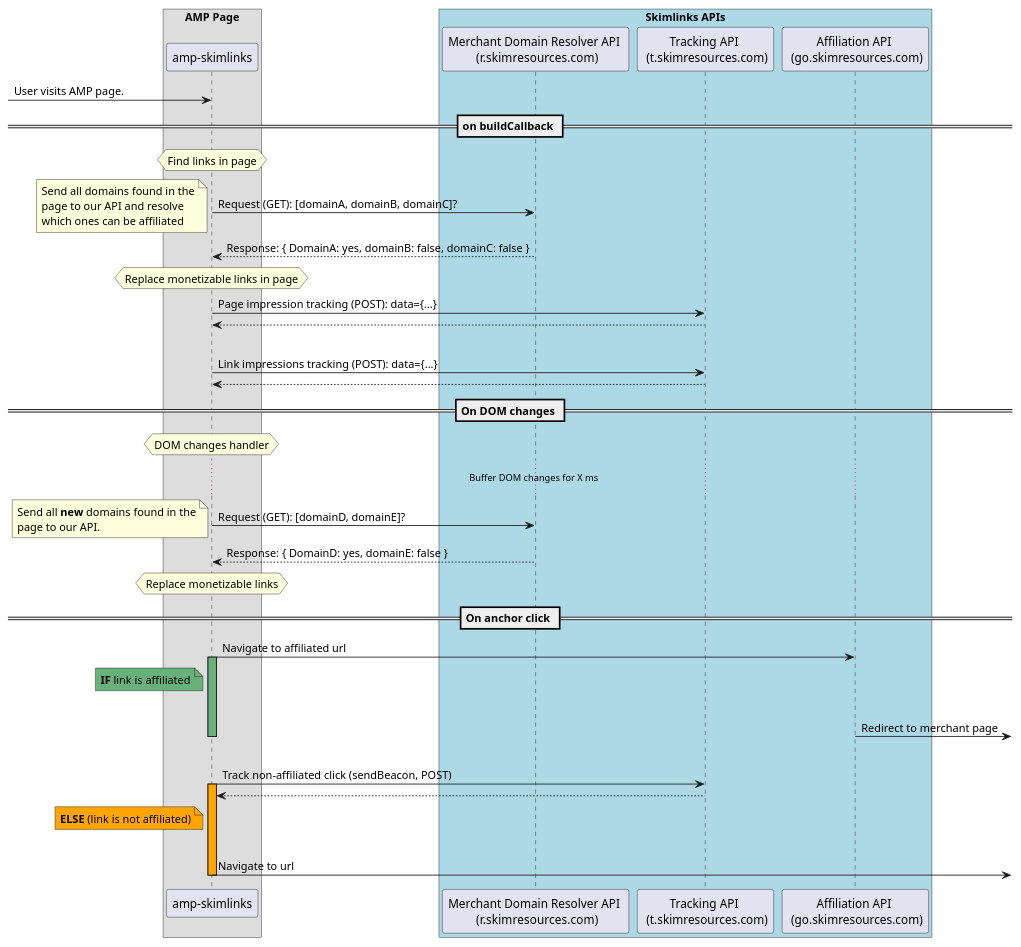
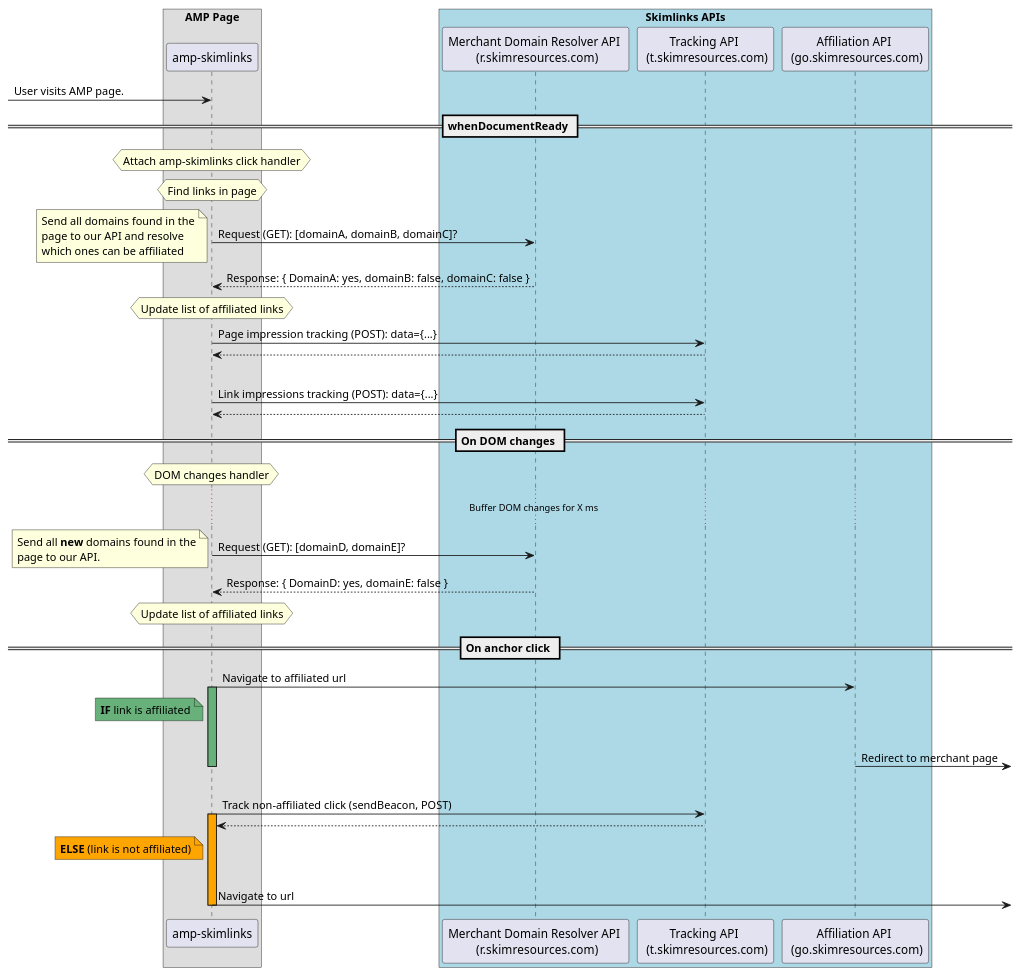
One commit to ampproject/amphtml changed the diagram in extensions/amp-skimlinks/doc.puml. Above: the diagram before and after it, drawn with PlantUML.

Commit message:
design doc v2

```diff
--- a/extensions/amp-skimlinks/doc.puml
+++ b/extensions/amp-skimlinks/doc.puml
@@ -1,72 +1,72 @@
 @startuml
 box "AMP Page"
     participant AMPskimlinks as "amp-skimlinks"
 end box
 
 [-> AMPskimlinks: User visits AMP page.
 
-==  on buildCallback ==
-'hnote over AMPskimlinks: Initialize amp-skimlinks
+==  whenDocumentReady ==
+hnote over AMPskimlinks: Attach amp-skimlinks click handler
 hnote over AMPskimlinks: Find links in page
 AMPskimlinks -> DomainResolverAPI as "Merchant Domain Resolver API \n (r.skimresources.com)": Request (GET): [domainA, domainB, domainC]?
 note left
     Send all domains found in the
     page to our API and resolve
     which ones can be affiliated
 end note
 DomainResolverAPI --> AMPskimlinks: Response: { DomainA: yes, domainB: false, domainC: false }
-hnote over AMPskimlinks: Replace monetizable links in page
+hnote over AMPskimlinks: Update list of affiliated links
 'hnote over AMPskimlinks: Prepare tracking data
 AMPskimlinks -> TrackingAPI as "Tracking API \n (t.skimresources.com)": Page impression tracking (POST): data={...}
 TrackingAPI --> AMPskimlinks:
 |||
 AMPskimlinks -> TrackingAPI: Link impressions tracking (POST): data={...}
 TrackingAPI --> AMPskimlinks:
 
 == On DOM changes ==
 hnote over AMPskimlinks: DOM changes handler
 ... Buffer DOM changes for X ms ...
 AMPskimlinks -> DomainResolverAPI: Request (GET): [domainD, domainE]?
 note left
     Send all **new** domains found in the
     page to our API.
 end note
 DomainResolverAPI --> AMPskimlinks: Response: { DomainD: yes, domainE: false }
-hnote over AMPskimlinks: Replace monetizable links
+hnote over AMPskimlinks: Update list of affiliated links
 
 == On anchor click ==
 'IF
 AMPskimlinks -> AffiliationAPI as "Affiliation API \n (go.skimresources.com)": Navigate to affiliated url
 note left AMPskimlinks #68b17a: **IF** link is affiliated
 activate AMPskimlinks #68b17a
 |||
 AffiliationAPI ->] : Redirect to merchant page
 deactivate AMPskimlinks
 
 |||
 
 ' ELSE
 AMPskimlinks -> TrackingAPI: Track non-affiliated click (sendBeacon, POST)
 activate AMPskimlinks #orange
 TrackingAPI --> AMPskimlinks
 note left AMPskimlinks #orange: **ELSE** (link is not affiliated)
 |||
 AMPskimlinks ->] : Navigate to url
 deactivate AMPskimlinks
 
 ' alt link is not affiliated
 '     AMPskimlinks -> TrackingAPI: Track non-affilaited click (POST)
 '     AMPskimlinks ->] : Go to Merchant page
 ' else link is affiliated
 '     |||
 '     AMPskimlinks -> AffiliationAPI: Affiliated click
 '     AffiliationAPI ->] : Redirect to Merchant page
 ' end
 
 box "Skimlinks APIs" #LightBlue
 	participant DomainResolverAPI
     participant TrackingAPI
     participant AffiliationAPI
 end box
 
 @enduml
```
